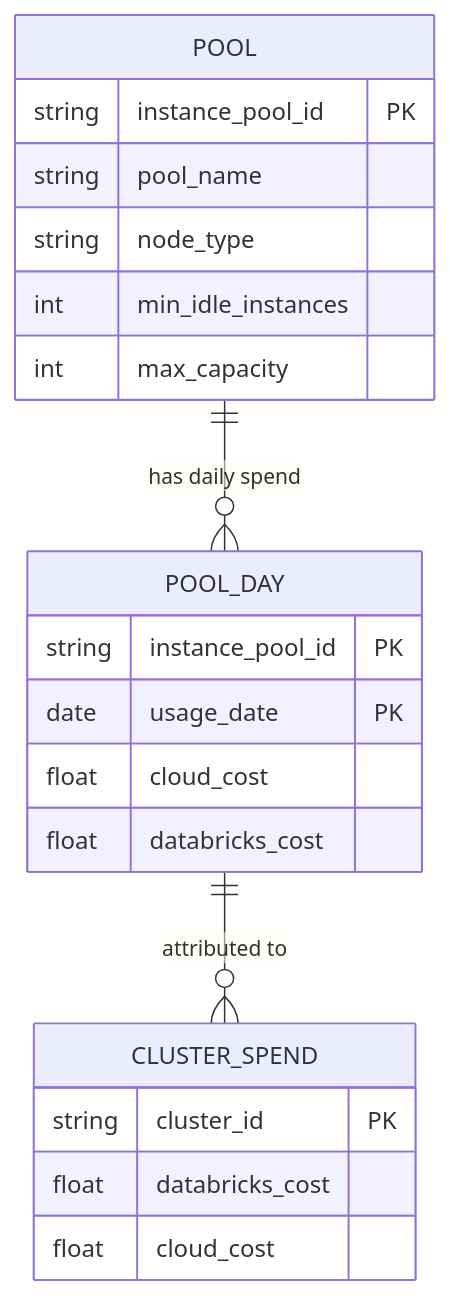
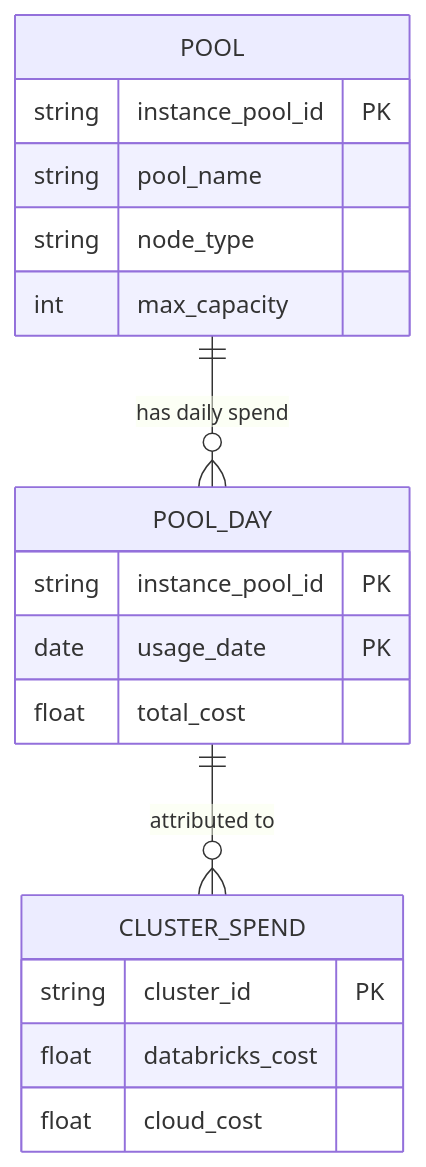
The fourth of 6 diagrams in docs/data_model.md (AdityaMandiwal/DBSPEND360), drawn with Mermaid before and after one commit. The commit also changed other lines of this file and 1 other file, not shown here.

````diff
--- a/docs/data_model.md
+++ b/docs/data_model.md
@@ -259,23 +140,21 @@
 ```mermaid
 erDiagram
     POOL ||--o{ POOL_DAY : "has daily spend"
     POOL_DAY ||--o{ CLUSTER_SPEND : "attributed to"
     POOL {
         string instance_pool_id PK
         string pool_name
         string node_type
-        int min_idle_instances
         int max_capacity
     }
     POOL_DAY {
         string instance_pool_id PK
         date usage_date PK
-        float cloud_cost
-        float databricks_cost
+        float total_cost
     }
     CLUSTER_SPEND {
         string cluster_id PK
         float databricks_cost
         float cloud_cost
     }
 ```
````
